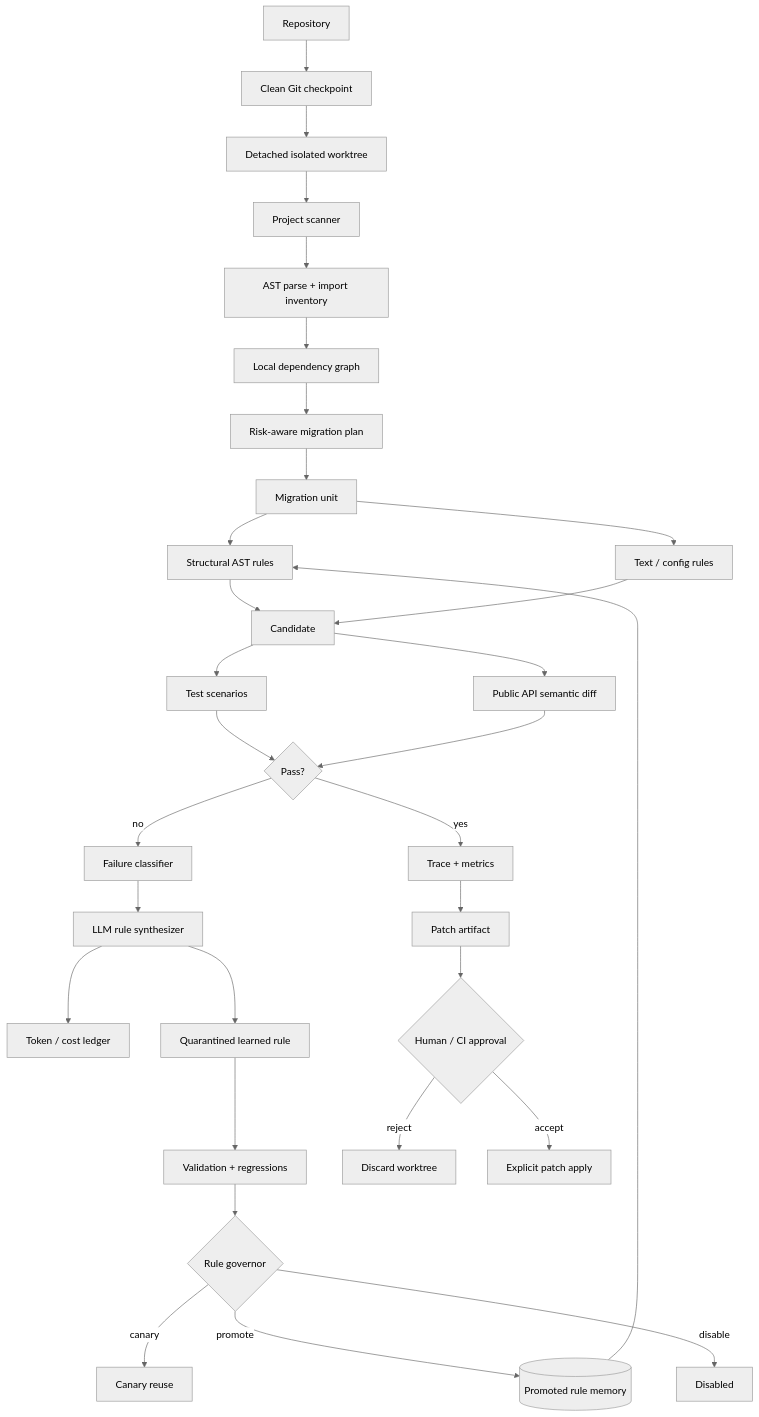
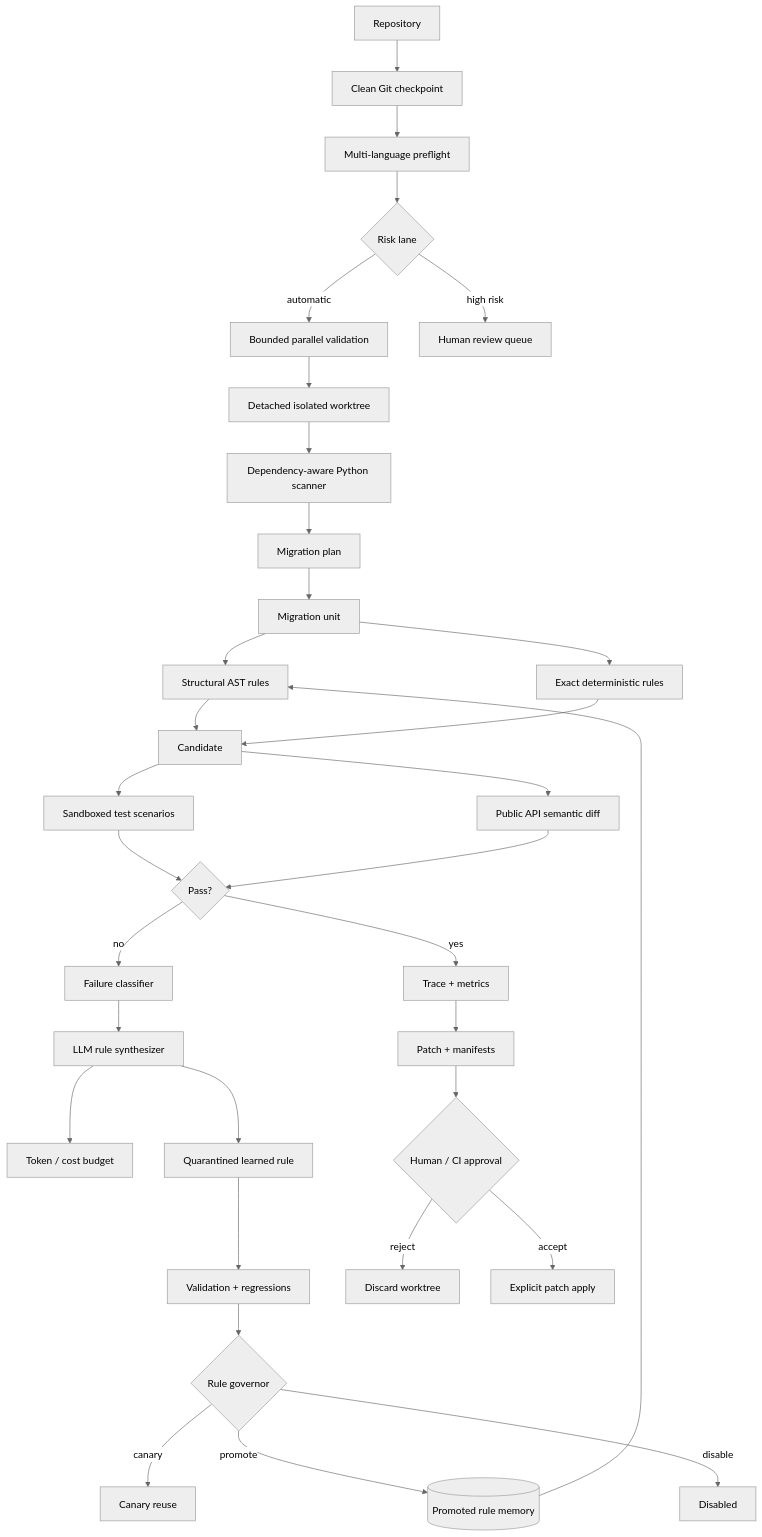
The first of 4 diagrams in SHOWCASE.md (cagataykavas/agentic-migrator), drawn with Mermaid (neutral theme) before and after one commit. The commit also changed other lines of this file, not shown here.

Commit message:
docs: refresh visual showcase with preflight tracing and CI evidence

````diff
--- a/SHOWCASE.md
+++ b/SHOWCASE.md
@@ -7,36 +7,38 @@
 ```mermaid
 flowchart TB
     REPO[Repository] --> GIT[Clean Git checkpoint]
-    GIT --> WT[Detached isolated worktree]
-    WT --> SCAN[Project scanner]
-    SCAN --> AST[AST parse + import inventory]
-    AST --> GRAPH[Local dependency graph]
-    GRAPH --> PLAN[Risk-aware migration plan]
+    GIT --> PREFLIGHT[Multi-language preflight]
+    PREFLIGHT --> LANE{Risk lane}
+    LANE -->|automatic| PAR[Bounded parallel validation]
+    LANE -->|high risk| HUMAN[Human review queue]
+    PAR --> WT[Detached isolated worktree]
+    WT --> SCAN[Dependency-aware Python scanner]
+    SCAN --> PLAN[Migration plan]
 
     PLAN --> UNIT[Migration unit]
     UNIT --> STRUCT[Structural AST rules]
-    UNIT --> TEXT[Text / config rules]
+    UNIT --> TEXT[Exact deterministic rules]
     STRUCT --> CAND[Candidate]
     TEXT --> CAND
 
-    CAND --> TEST[Test scenarios]
+    CAND --> TEST[Sandboxed test scenarios]
     CAND --> SEM[Public API semantic diff]
     TEST --> OK{Pass?}
     SEM --> OK
     OK -- yes --> TRACE[Trace + metrics]
     OK -- no --> CLASS[Failure classifier]
     CLASS --> SYNTH[LLM rule synthesizer]
-    SYNTH --> COST[Token / cost ledger]
+    SYNTH --> COST[Token / cost budget]
     SYNTH --> QUAR[Quarantined learned rule]
     QUAR --> VALID[Validation + regressions]
     VALID --> GOV{Rule governor}
     GOV -- canary --> CANARY[Canary reuse]
     GOV -- promote --> MEMORY[(Promoted rule memory)]
     GOV -- disable --> OFF[Disabled]
     MEMORY --> STRUCT
 
-    TRACE --> PATCH[Patch artifact]
+    TRACE --> PATCH[Patch + manifests]
     PATCH --> APPROVE{Human / CI approval}
     APPROVE -- reject --> DROP[Discard worktree]
     APPROVE -- accept --> APPLY[Explicit patch apply]
 ```
````
